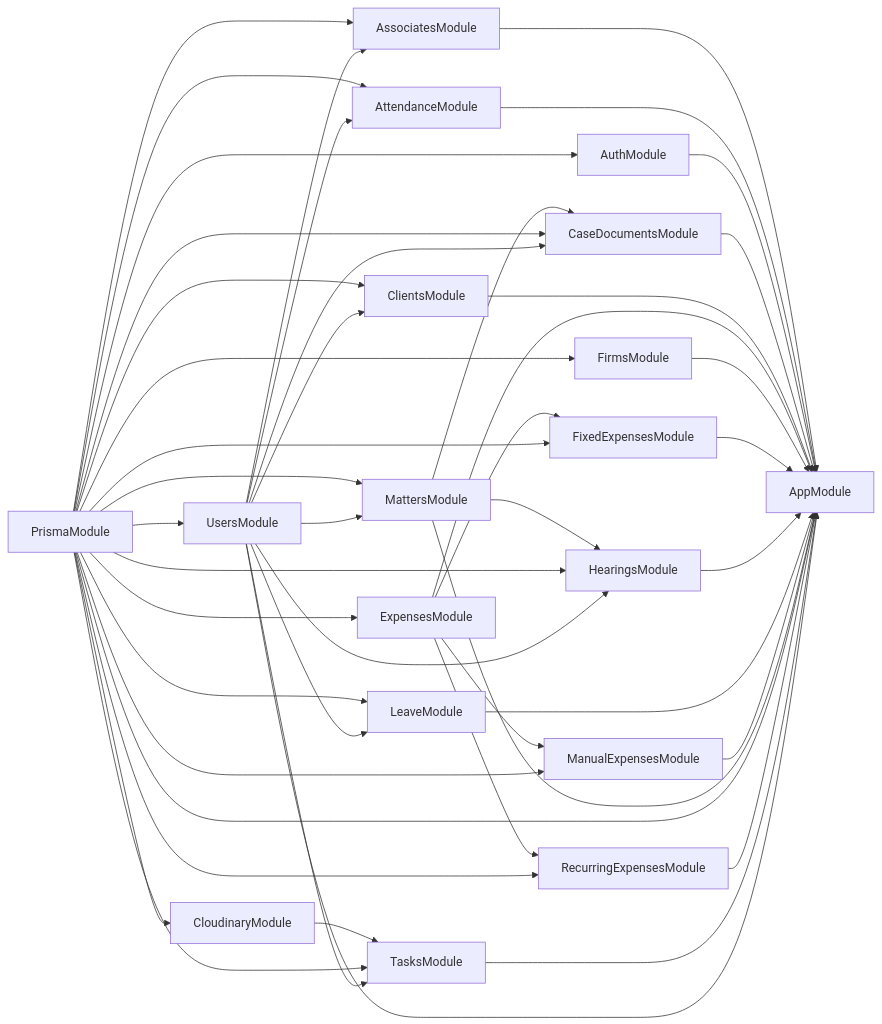
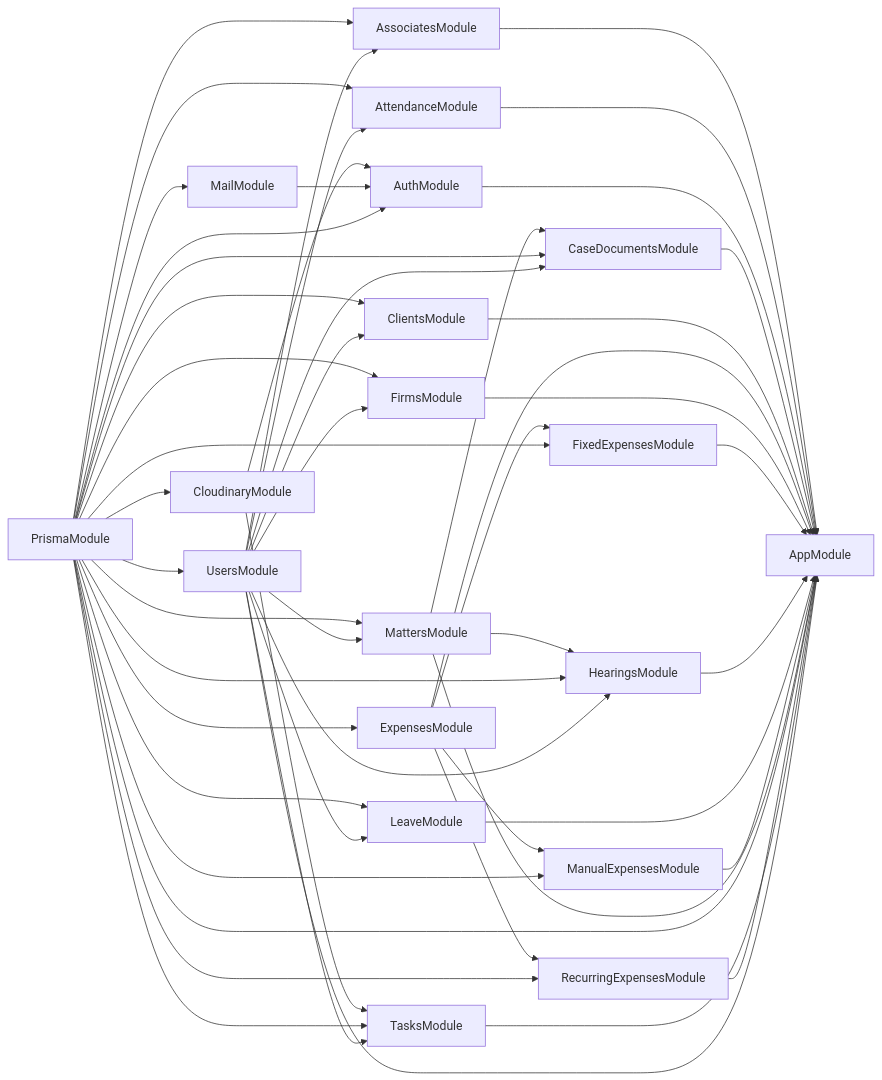
The diagram in apps/api/deps.mermaid (zas512/LGA), drawn with Mermaid before and after one commit. The commit also changed 21 other files, not shown here.

```diff
--- a/apps/api/deps.mermaid
+++ b/apps/api/deps.mermaid
@@ -1,47 +1,51 @@
 graph LR
   AssociatesModule --> AppModule
   AttendanceModule --> AppModule
   AuthModule --> AppModule
   CaseDocumentsModule --> AppModule
   ClientsModule --> AppModule
+  CloudinaryModule --> AuthModule
   CloudinaryModule --> TasksModule
   ExpensesModule --> AppModule
   ExpensesModule --> FixedExpensesModule
   ExpensesModule --> ManualExpensesModule
   ExpensesModule --> RecurringExpensesModule
   FirmsModule --> AppModule
   FixedExpensesModule --> AppModule
   HearingsModule --> AppModule
   LeaveModule --> AppModule
+  MailModule --> AuthModule
   ManualExpensesModule --> AppModule
   MattersModule --> AppModule
   MattersModule --> CaseDocumentsModule
   MattersModule --> HearingsModule
   PrismaModule --> AppModule
   PrismaModule --> AssociatesModule
   PrismaModule --> AttendanceModule
   PrismaModule --> AuthModule
   PrismaModule --> CaseDocumentsModule
   PrismaModule --> ClientsModule
   PrismaModule --> CloudinaryModule
   PrismaModule --> ExpensesModule
   PrismaModule --> FirmsModule
   PrismaModule --> FixedExpensesModule
   PrismaModule --> HearingsModule
   PrismaModule --> LeaveModule
+  PrismaModule --> MailModule
   PrismaModule --> ManualExpensesModule
   PrismaModule --> MattersModule
   PrismaModule --> RecurringExpensesModule
   PrismaModule --> TasksModule
   PrismaModule --> UsersModule
   RecurringExpensesModule --> AppModule
   TasksModule --> AppModule
   UsersModule --> AppModule
   UsersModule --> AssociatesModule
   UsersModule --> AttendanceModule
   UsersModule --> CaseDocumentsModule
   UsersModule --> ClientsModule
+  UsersModule --> FirmsModule
   UsersModule --> HearingsModule
   UsersModule --> LeaveModule
   UsersModule --> MattersModule
   UsersModule --> TasksModule
```
